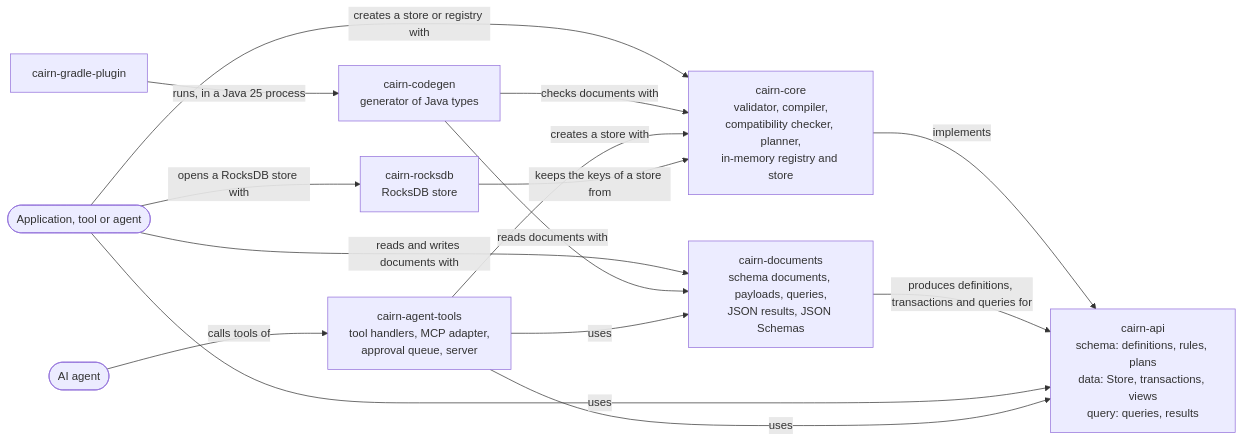
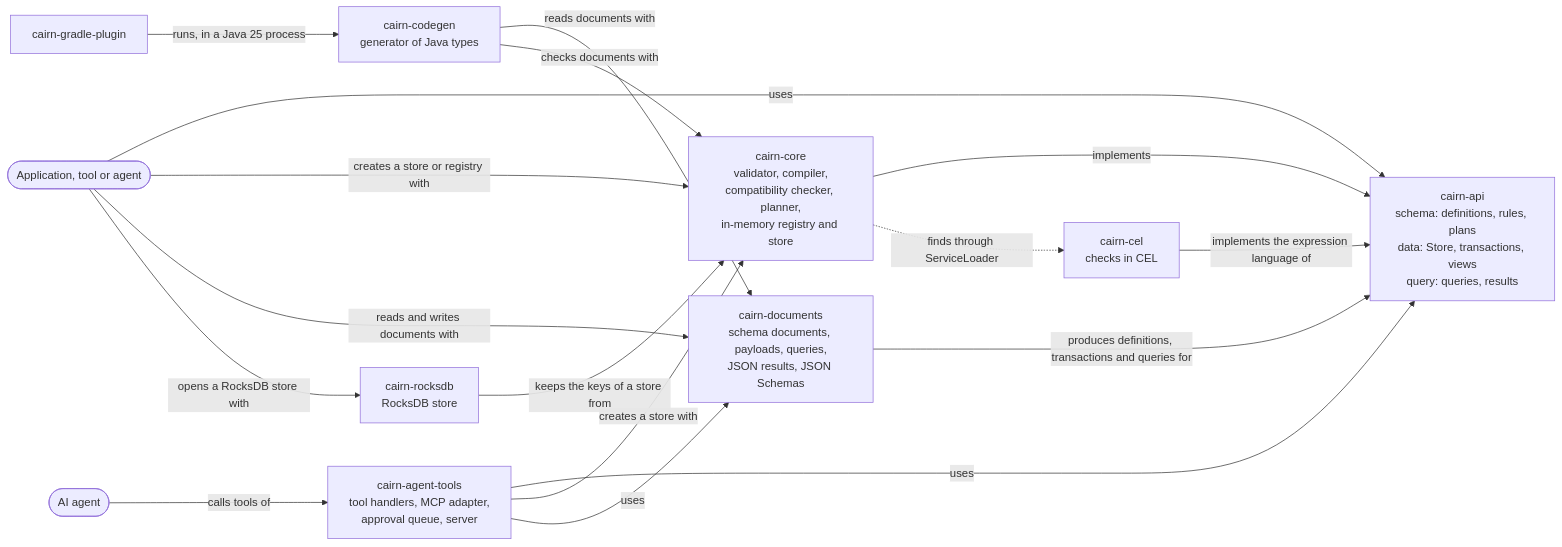
One commit to enricoag1982/Cairn changed the second of 3 diagrams in docs/architecture/README.md. Above: the diagram before and after it, drawn with Mermaid. The commit also changed other lines of this file and 11 other files, not shown here.

````diff
--- a/docs/architecture/README.md
+++ b/docs/architecture/README.md
@@ -93,17 +93,19 @@
 ```mermaid
 flowchart LR
     core[cairn-core<br/>validator, compiler,<br/>compatibility checker, planner,<br/>in-memory registry and store] -->|implements| api[cairn-api<br/>schema: definitions, rules, plans<br/>data: Store, transactions, views<br/>query: queries, results]
     docs[cairn-documents<br/>schema documents, payloads, queries,<br/>JSON results, JSON Schemas] -->|produces definitions, transactions and queries for| api
     app([Application, tool or agent]) -->|uses| api
     app -->|creates a store or registry with| core
     app -->|reads and writes documents with| docs
     codegen[cairn-codegen<br/>generator of Java types] -->|reads documents with| docs
     codegen -->|checks documents with| core
     plugin[cairn-gradle-plugin] -->|runs, in a Java 25 process| codegen
     tools[cairn-agent-tools<br/>tool handlers, MCP adapter,<br/>approval queue, server] -->|uses| api
     tools -->|creates a store with| core
     tools -->|uses| docs
     agent([AI agent]) -->|calls tools of| tools
+    cel[cairn-cel<br/>checks in CEL] -->|implements the expression language of| api
+    core -.->|finds through ServiceLoader| cel
     app -->|opens a RocksDB store with| rocks[cairn-rocksdb<br/>RocksDB store]
     rocks -->|keeps the keys of a store from| core
 ```
````
